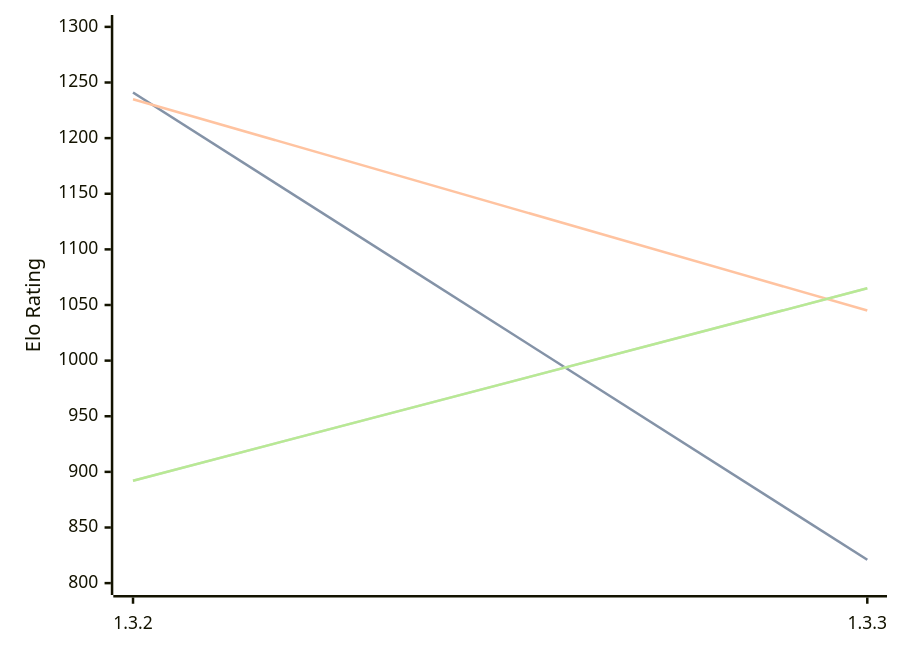
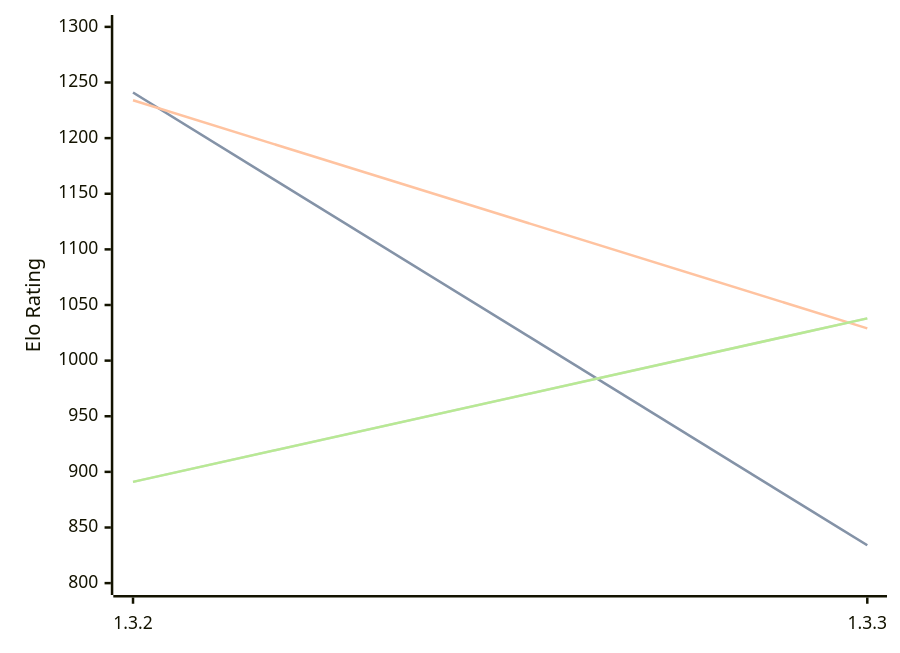
Before and after one commit to computer-chess-index/cci: the diagram in engines/Whitespine.md, drawn with Mermaid. The commit also changed other lines of this file, not shown here.

Commit message:
Update CCI Ratings (ELO VLTC) - 2026-04-01

````diff
--- a/engines/Whitespine.md
+++ b/engines/Whitespine.md
@@ -35,11 +35,11 @@
 ```mermaid
 %%{init: {"theme":"base","themeVariables":{"seriesColors:['#a3a3a3','#222221','#faa371']}}}%%
 xychart-beta
   x-axis ["1.3.2", "1.3.3"]
   y-axis "Elo Rating" 800 --> 1300
-  line "STC (8.0+0.08s)" [1241, 821]
-  line "STC (8.0+0.08s)" [1241, 821]
-  line "LTC (60.0+0.60s)" [1235, 1045]
-  line "VLTC (2m24s+1.12s)" [892, 1065]
-  line "VLTC (2m24s+1.12s)" [892, 1065]
+  line "STC (8.0+0.08s)" [1241, 834]
+  line "STC (8.0+0.08s)" [1241, 834]
+  line "LTC (60.0+0.60s)" [1234, 1029]
+  line "VLTC (2m24s+1.12s)" [891, 1038]
+  line "VLTC (2m24s+1.12s)" [891, 1038]
 ```
````
